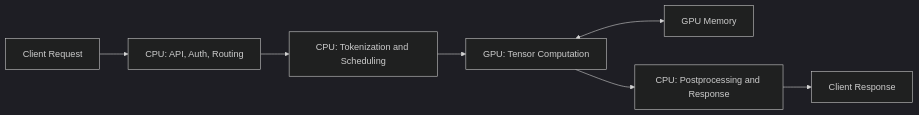
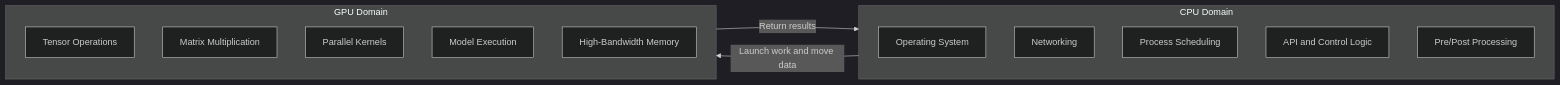
One commit to jithinpnjm/nvidia-devops changed the first of 3 diagrams in docs/nvidia-zero-to-hero/volume-01/chapter-03-cpu-vs-gpu.md. Above: the diagram before and after it, drawn with Mermaid (dark theme). The commit also changed other lines of this file, not shown here.

````diff
--- a/docs/nvidia-zero-to-hero/volume-01/chapter-03-cpu-vs-gpu.md
+++ b/docs/nvidia-zero-to-hero/volume-01/chapter-03-cpu-vs-gpu.md
@@ -82,13 +56,21 @@
 ```mermaid
 flowchart LR
-    client[Client Request]
-    cpu1[CPU: API, Auth, Routing]
-    cpu2[CPU: Tokenization and Scheduling]
-    gpu[GPU: Tensor Computation]
-    mem[GPU Memory]
-    cpu3[CPU: Postprocessing and Response]
-    response[Client Response]
+    subgraph CPU[CPU Domain]
+        C1[Operating System]
+        C2[Networking]
+        C3[Process Scheduling]
+        C4[API and Control Logic]
+        C5[Pre/Post Processing]
+    end
 
-    client --> cpu1 --> cpu2 --> gpu --> cpu3 --> response
-    gpu <--> mem
+    subgraph GPU[GPU Domain]
+        G1[Tensor Operations]
+        G2[Matrix Multiplication]
+        G3[Parallel Kernels]
+        G4[Model Execution]
+        G5[High-Bandwidth Memory]
+    end
+
+    CPU -->|Launch work and move data| GPU
+    GPU -->|Return results| CPU
 ```
````
